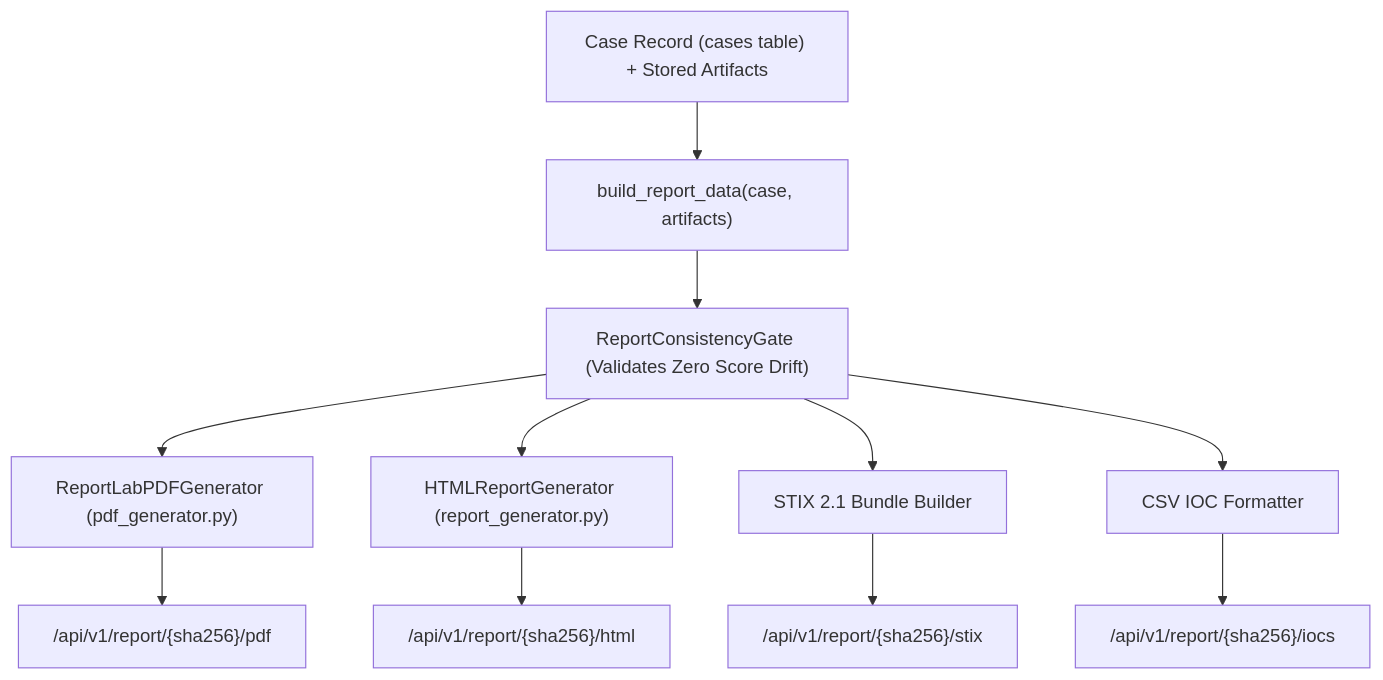
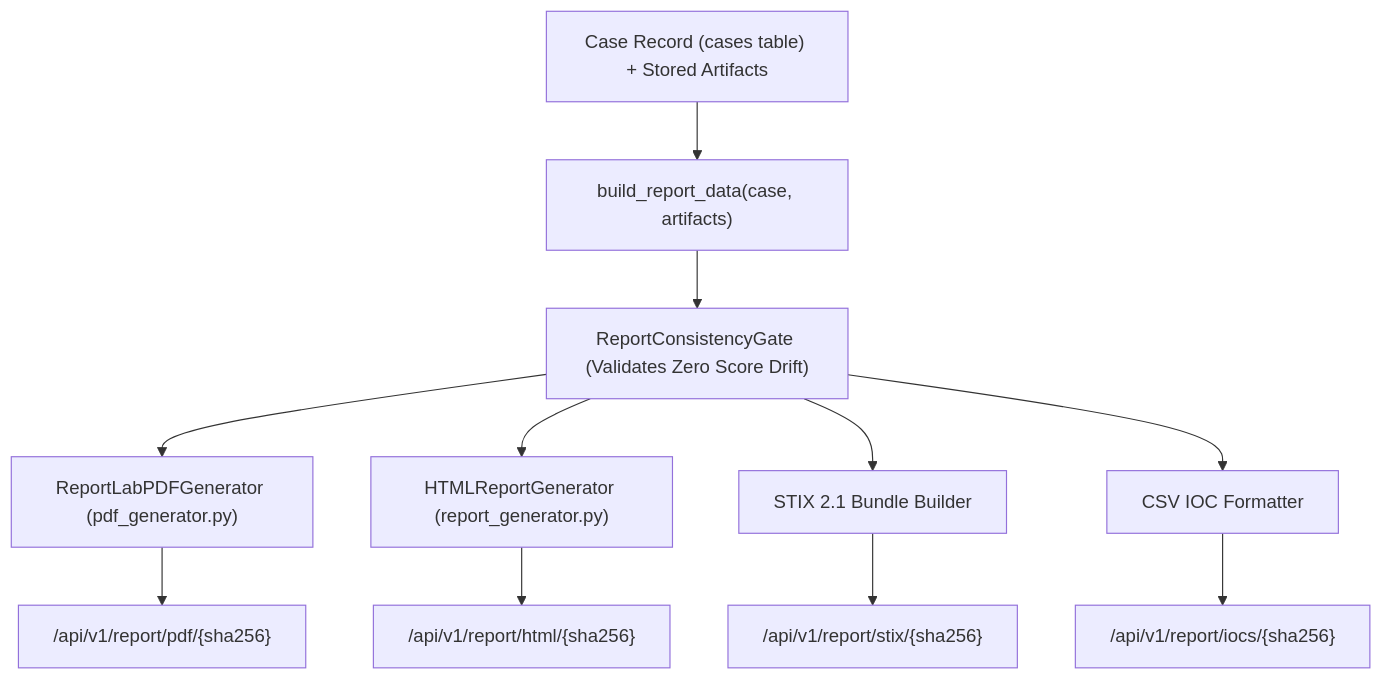
The diagram in docs/architecture/09_AI_REPORT_GENERATION.md (SanTiwari07/Sudarshan), drawn with Mermaid before and after one commit. The commit also changed other lines of this file and 41 other files, not shown here.

Commit message:
add comprehensive architectural documentation and project structure scaffolding

````diff
--- a/docs/architecture/09_AI_REPORT_GENERATION.md
+++ b/docs/architecture/09_AI_REPORT_GENERATION.md
@@ -30,14 +30,14 @@
 ```mermaid
 graph TD
     CASE["Case Record (cases table) + Stored Artifacts"] --> DATA_BUILDER["build_report_data(case, artifacts)"]
     DATA_BUILDER --> GATE["ReportConsistencyGate (Validates Zero Score Drift)"]
     GATE --> PDF_GEN["ReportLabPDFGenerator (pdf_generator.py)"]
     GATE --> HTML_GEN["HTMLReportGenerator (report_generator.py)"]
     GATE --> STIX_GEN["STIX 2.1 Bundle Builder"]
     GATE --> CSV_GEN["CSV IOC Formatter"]
 
-    PDF_GEN --> PDF_OUT["/api/v1/report/{sha256}/pdf"]
-    HTML_GEN --> HTML_OUT["/api/v1/report/{sha256}/html"]
-    STIX_GEN --> STIX_OUT["/api/v1/report/{sha256}/stix"]
-    CSV_GEN --> CSV_OUT["/api/v1/report/{sha256}/iocs"]
+    PDF_GEN --> PDF_OUT["/api/v1/report/pdf/{sha256}"]
+    HTML_GEN --> HTML_OUT["/api/v1/report/html/{sha256}"]
+    STIX_GEN --> STIX_OUT["/api/v1/report/stix/{sha256}"]
+    CSV_GEN --> CSV_OUT["/api/v1/report/iocs/{sha256}"]
 ```
````
